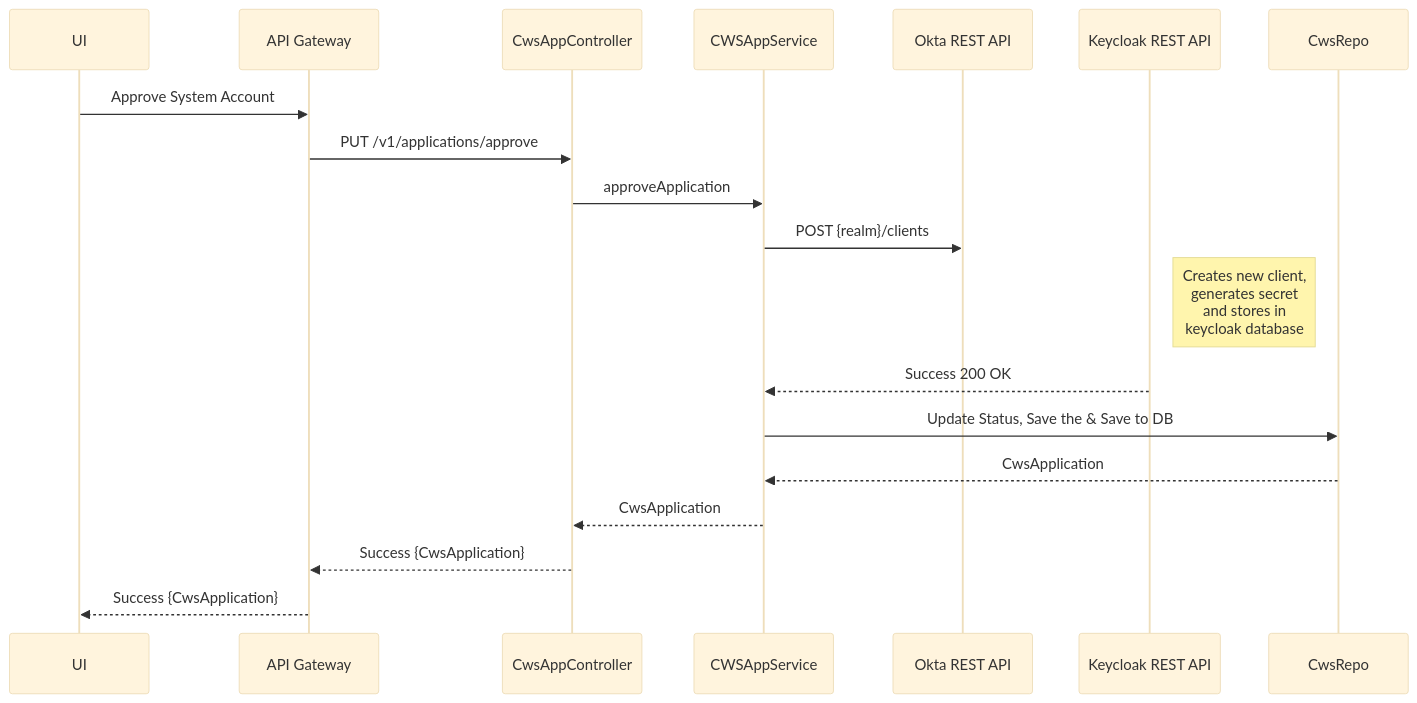
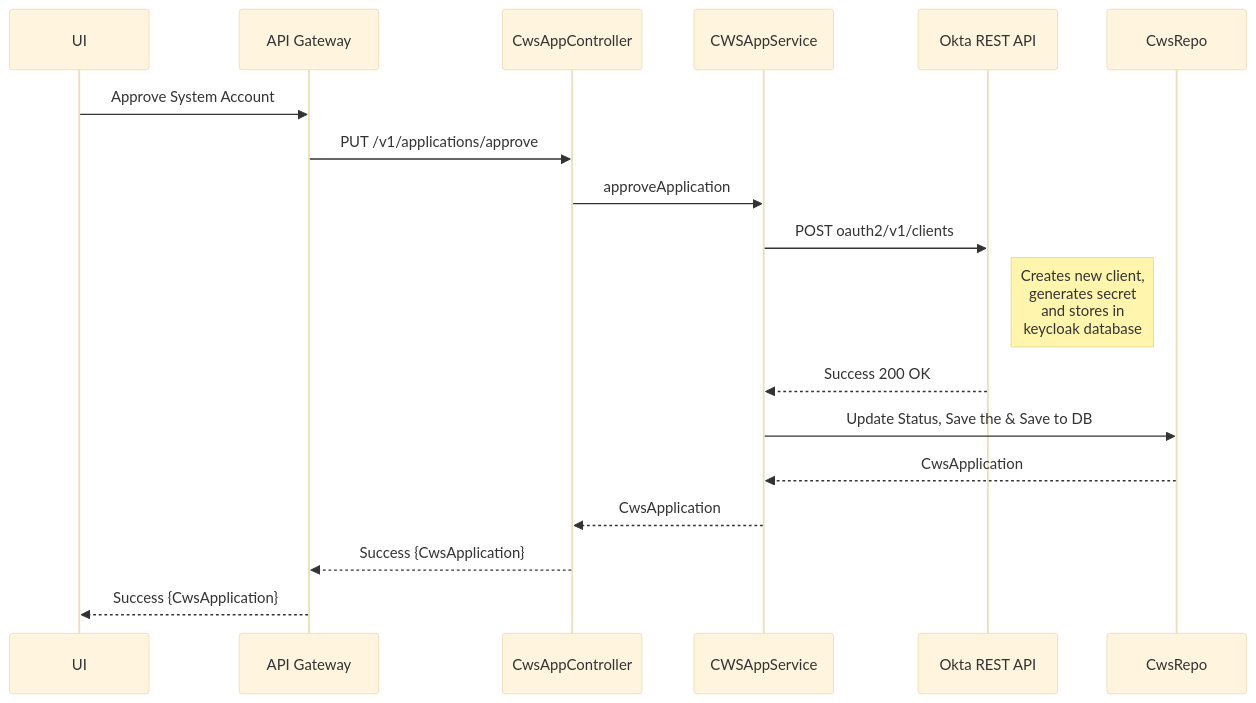
Before and after one commit to venuduggireddy/slakedit: the first of 4 diagrams in README.md, drawn with Mermaid (base theme). The commit also changed other lines of this file, not shown here.

````diff
--- a/README.md
+++ b/README.md
@@ -88,14 +88,14 @@
 ```mermaid
 sequenceDiagram
 UI ->> API Gateway: Approve System Account
 API Gateway->>CwsAppController: PUT /v1/applications/approve
 CwsAppController->> CWSAppService: approveApplication
-CWSAppService ->> Okta REST API: POST {realm}/clients
-Note right of Keycloak REST API : Creates new client,<br/>generates secret<br/> and stores in <br/> keycloak database
-Keycloak REST API -->> CWSAppService : Success 200 OK
+CWSAppService ->> Okta REST API: POST oauth2/v1/clients
+Note right of Okta REST API: Creates new client,<br/>generates secret<br/> and stores in <br/> keycloak database
+Okta REST API -->> CWSAppService : Success 200 OK
 CWSAppService ->> CwsRepo: Update Status, Save the & Save to DB 
 CwsRepo -->> CWSAppService: CwsApplication
 CWSAppService -->> CwsAppController: CwsApplication
 CwsAppController -->> API Gateway: Success {CwsApplication}
 API Gateway -->> UI: Success {CwsApplication}
 ```
````
